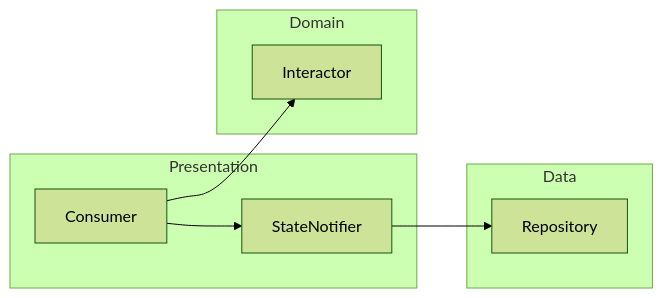
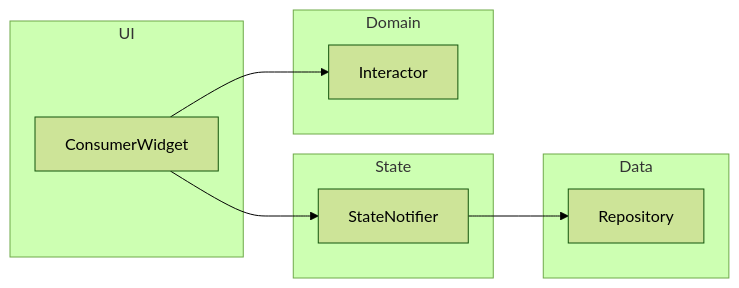
Before and after one commit to nadnik13/menu-planner: the diagram in README.md, drawn with Mermaid (forest theme). The commit also changed other lines of this file, not shown here.

````diff
--- a/README.md
+++ b/README.md
@@ -17,19 +52,20 @@
 ```mermaid
 flowchart LR
-  subgraph Presentation
-    C[Consumer]
+  subgraph UI
+    C[ConsumerWidget]
+  end
+  subgraph State
     SN[StateNotifier]
   end
-
   subgraph Domain
     I[Interactor]
   end
-
   subgraph Data
     R[Repository]
   end
 
   C --> SN
+  C --> I
   SN --> R
-  C --> I
+
 ```
````
